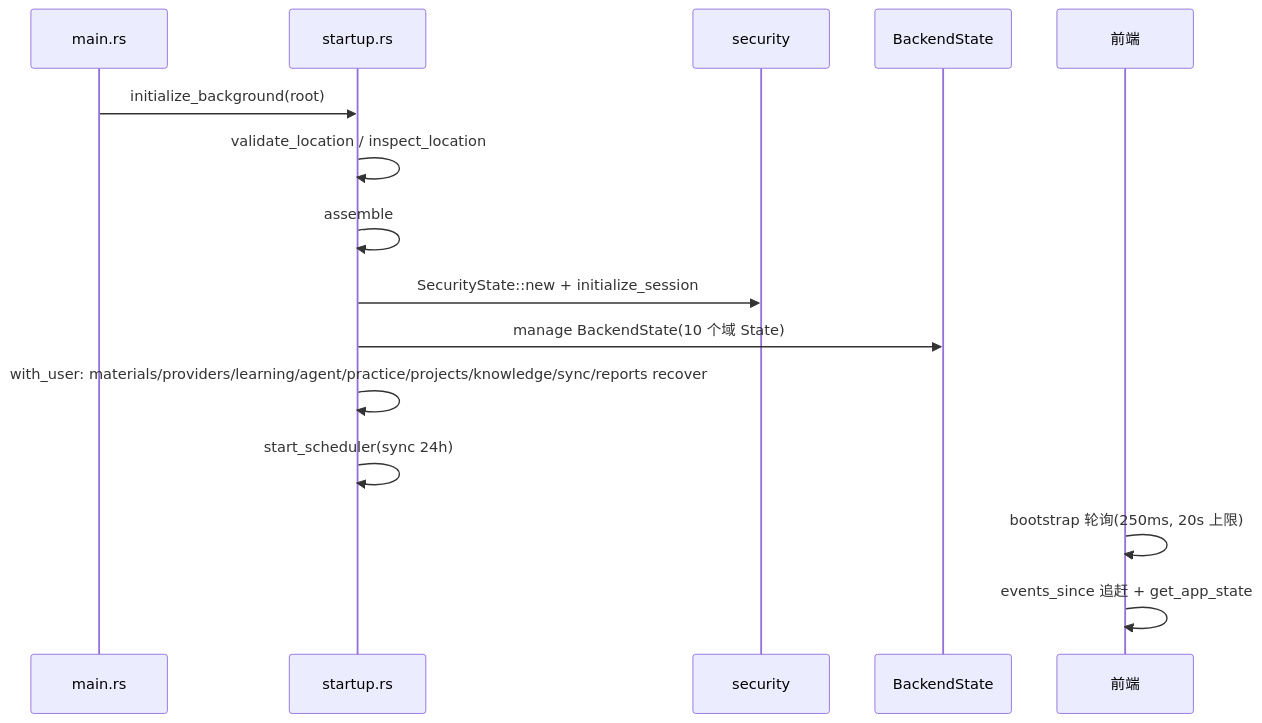
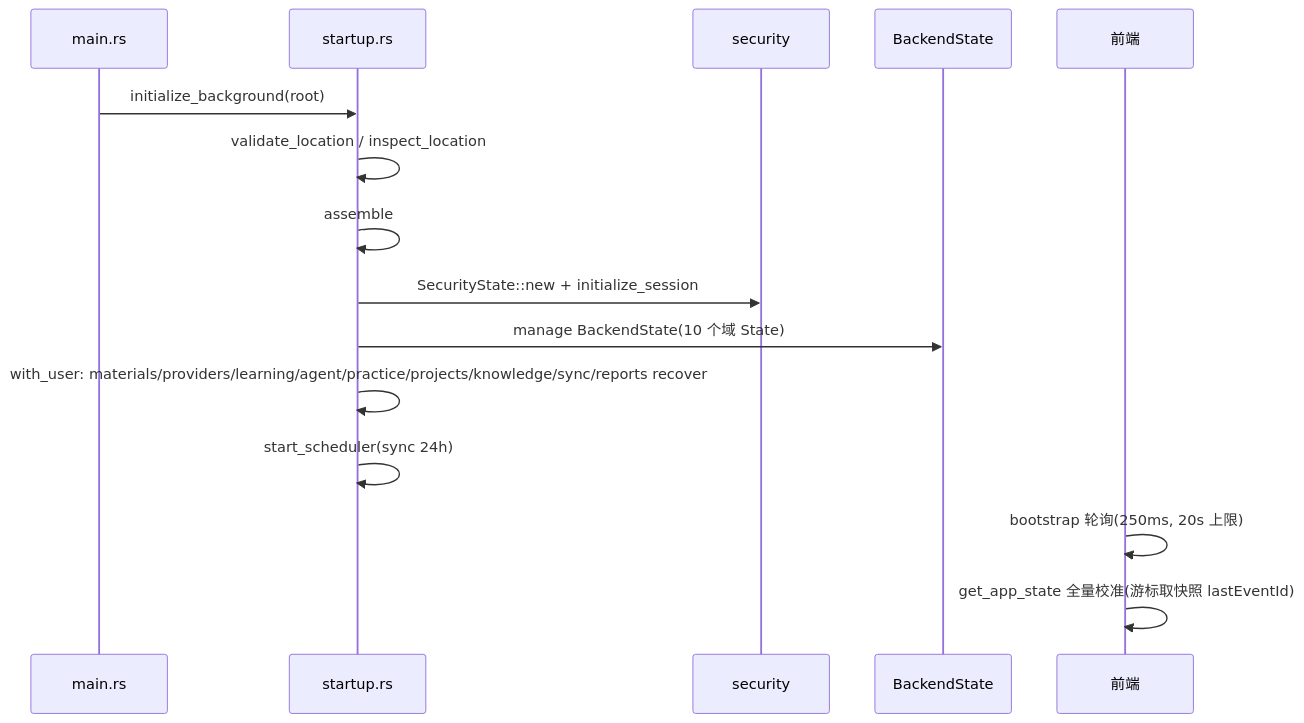
One commit to hershate/Deep-tutor changed the first of 23 diagrams in docs/architecture/02-operation-principles.md. Above: the diagram before and after it, drawn with Mermaid. The commit also changed other lines of this file and 5 other files, not shown here.

````diff
--- a/docs/architecture/02-operation-principles.md
+++ b/docs/architecture/02-operation-principles.md
@@ -7,17 +7,17 @@
 ```mermaid
 sequenceDiagram
     participant M as main.rs
     participant SU as startup.rs
     participant SEC as security
     participant B as BackendState
     participant FE as 前端
     M->>SU: initialize_background(root)
     SU->>SU: validate_location / inspect_location
     SU->>SU: assemble
     SU->>SEC: SecurityState::new + initialize_session
     SU->>B: manage BackendState(10 个域 State)
     SU->>SU: with_user: materials/providers/learning/agent/practice/projects/knowledge/sync/reports recover
     SU->>SU: start_scheduler(sync 24h)
     FE->>FE: bootstrap 轮询(250ms, 20s 上限)
-    FE->>FE: events_since 追赶 + get_app_state
+    FE->>FE: get_app_state 全量校准(游标取快照 lastEventId)
 ```
````
